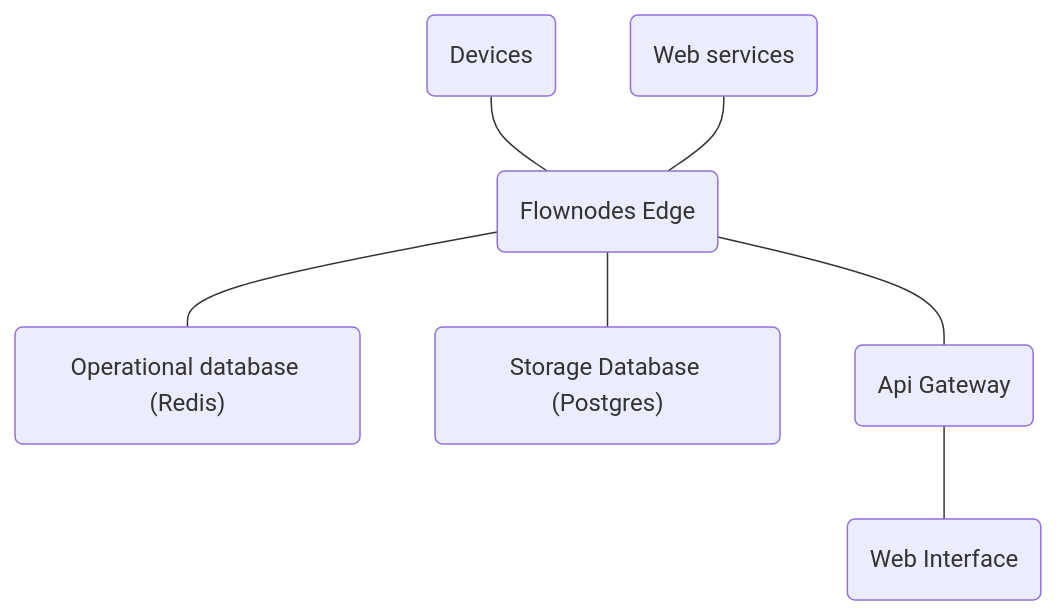
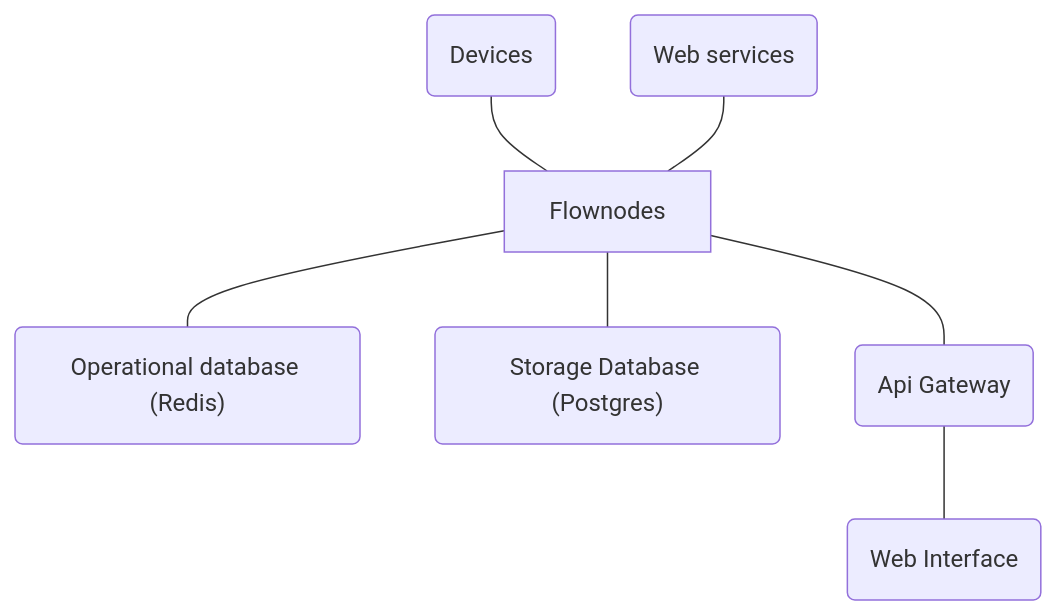
One commit to coderynx/flownodes changed the diagram in README.md. Above: the diagram before and after it, drawn with Mermaid. The commit also changed other lines of this file, not shown here.

````diff
--- a/README.md
+++ b/README.md
@@ -21,9 +21,9 @@
 ```mermaid
 graph TD
-    Devices(Devices) --- Edge
-    WebServices(Web services) --- Edge
-    Edge(Flownodes Edge) --- OperationalDatabase("Operational database (Redis)")
-    Edge --- StorageDatabase("Storage Database (Postgres)")
-    Edge --- ApiGateway(Api Gateway)
+    Devices(Devices) --- Flownodes
+    WebServices(Web services) --- Flownodes
+    Flownodes --- OperationalDatabase("Operational database (Redis)")
+    Flownodes --- StorageDatabase("Storage Database (Postgres)")
+    Flownodes --- ApiGateway(Api Gateway)
     ApiGateway --- WebInterface(Web Interface)
 ```
````
